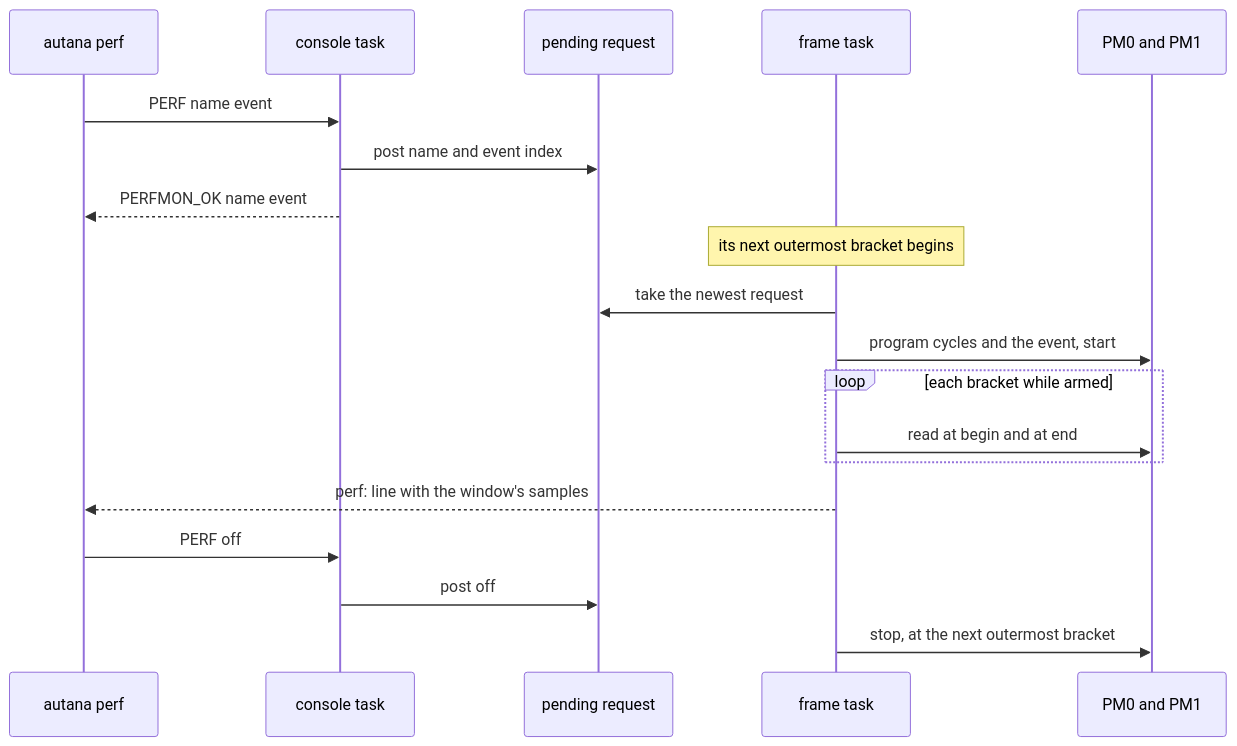
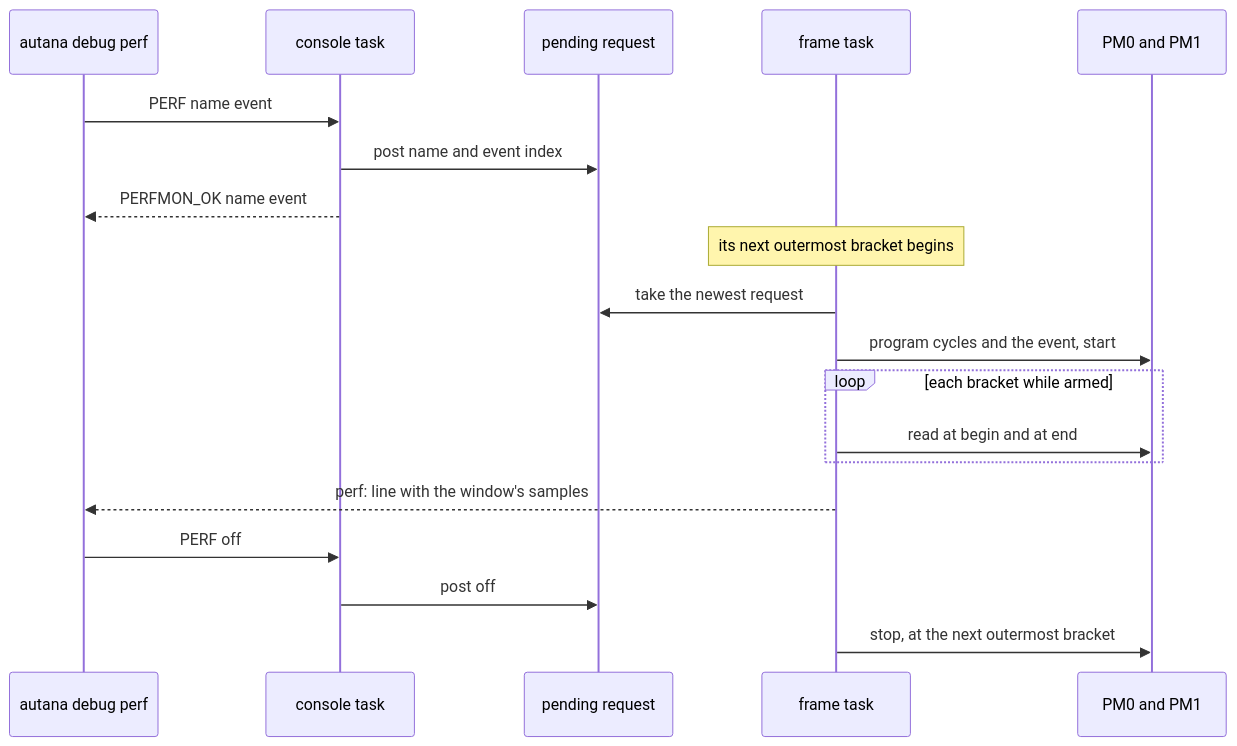
The diagram in docs/tools/Frame-Cost.md (jose-villegas/autana), drawn with Mermaid before and after one commit. The commit also changed other lines of this file and 6 other files, not shown here.

Commit message:
autana: keep development commands under debug

````diff
--- a/docs/tools/Frame-Cost.md
+++ b/docs/tools/Frame-Cost.md
@@ -84,21 +84,21 @@
 ```mermaid
 sequenceDiagram
-    participant Tool as autana perf
+    participant Tool as autana debug perf
     participant Console as console task
     participant Pending as pending request
     participant Frame as frame task
     participant PM as PM0 and PM1
     Tool->>Console: PERF name event
     Console->>Pending: post name and event index
     Console-->>Tool: PERFMON_OK name event
     Note over Frame: its next outermost bracket begins
     Frame->>Pending: take the newest request
     Frame->>PM: program cycles and the event, start
     loop each bracket while armed
         Frame->>PM: read at begin and at end
     end
     Frame-->>Tool: perf: line with the window's samples
     Tool->>Console: PERF off
     Console->>Pending: post off
     Frame->>PM: stop, at the next outermost bracket
 ```
````
